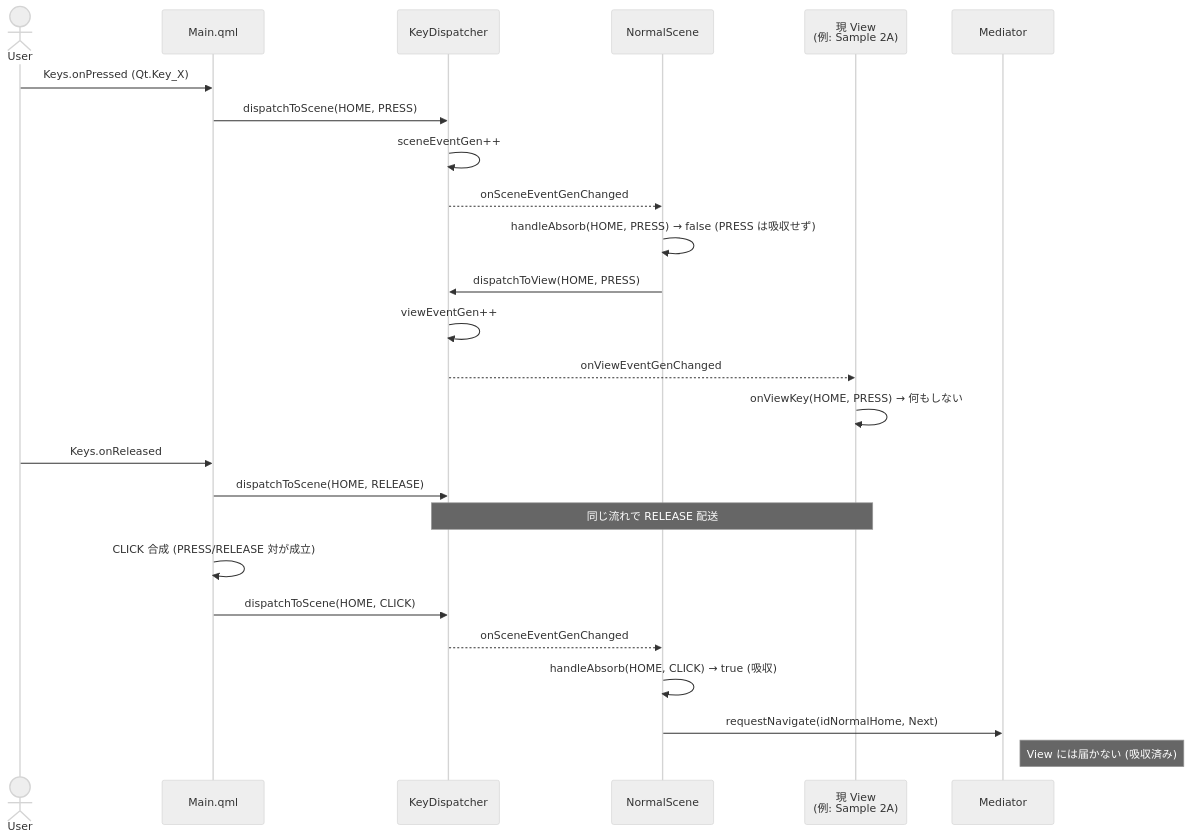
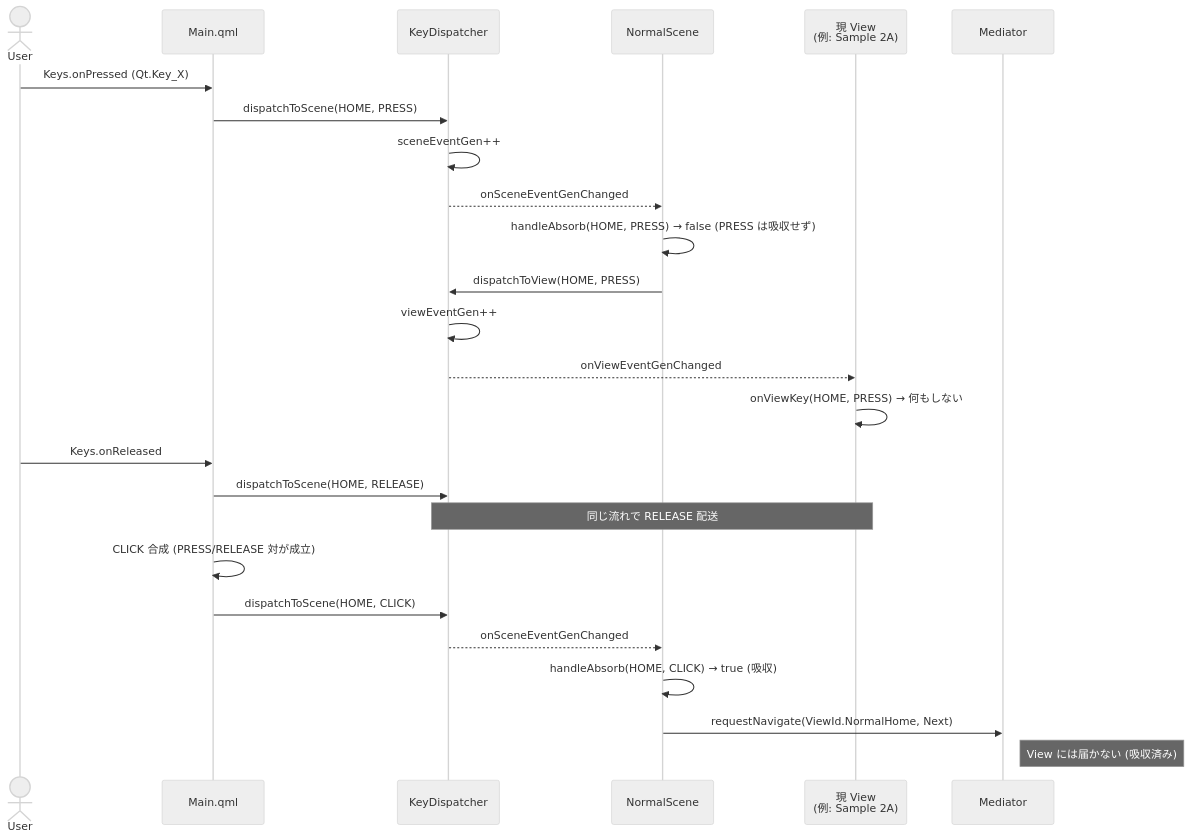
The third of 11 diagrams in docs/flows.md (yuya-kadono/qul-loader-navigation-poc), drawn with Mermaid (neutral theme) before and after one commit. The commit also changed other lines of this file and 31 other files, not shown here.

````diff
--- a/docs/flows.md
+++ b/docs/flows.md
@@ -74,30 +86,30 @@
 ```mermaid
 sequenceDiagram
     actor User
     participant Main as Main.qml
     participant KD as KeyDispatcher
     participant NS as NormalScene
     participant Cur as 現 View<br>(例: Sample 2A)
     participant Med as Mediator
 
     User->>Main: Keys.onPressed (Qt.Key_X)
     Main->>KD: dispatchToScene(HOME, PRESS)
     KD->>KD: sceneEventGen++
     KD-->>NS: onSceneEventGenChanged
     NS->>NS: handleAbsorb(HOME, PRESS) → false (PRESS は吸収せず)
     NS->>KD: dispatchToView(HOME, PRESS)
     KD->>KD: viewEventGen++
     KD-->>Cur: onViewEventGenChanged
     Cur->>Cur: onViewKey(HOME, PRESS) → 何もしない
 
     User->>Main: Keys.onReleased
     Main->>KD: dispatchToScene(HOME, RELEASE)
     Note over KD,Cur: 同じ流れで RELEASE 配送
 
     Main->>Main: CLICK 合成 (PRESS/RELEASE 対が成立)
     Main->>KD: dispatchToScene(HOME, CLICK)
     KD-->>NS: onSceneEventGenChanged
     NS->>NS: handleAbsorb(HOME, CLICK) → true (吸収)
-    NS->>Med: requestNavigate(idNormalHome, Next)
+    NS->>Med: requestNavigate(ViewId.NormalHome, Next)
     Note right of Med: View には届かない (吸収済み)
 ```
````
